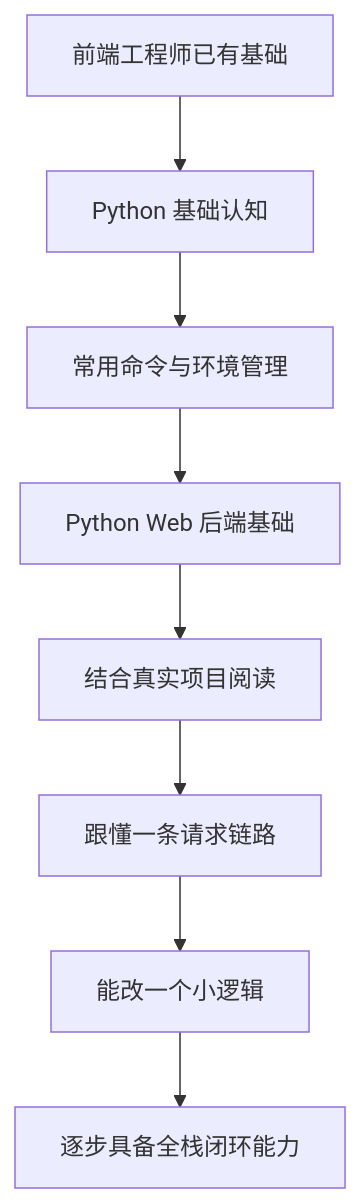
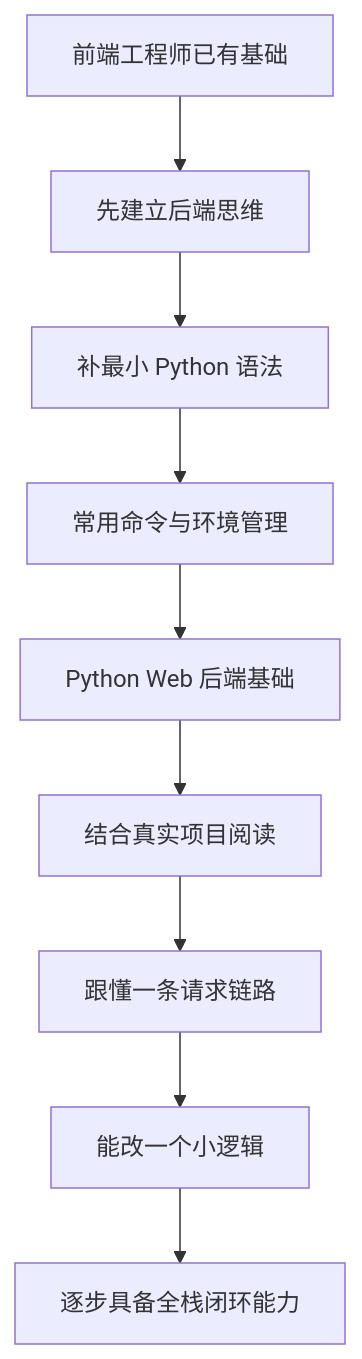
The diagram in 01-python/learning-map.md (liangshuoGitHub/knowledge-base), drawn with Mermaid before and after one commit. The commit also changed other lines of this file and 6 other files, not shown here.

````diff
--- a/01-python/learning-map.md
+++ b/01-python/learning-map.md
@@ -58,10 +58,11 @@
 ```mermaid
 flowchart TD
-    A[前端工程师已有基础] --> B[Python 基础认知]
-    B --> C[常用命令与环境管理]
-    C --> D[Python Web 后端基础]
-    D --> E[结合真实项目阅读]
-    E --> F[跟懂一条请求链路]
-    F --> G[能改一个小逻辑]
-    G --> H[逐步具备全栈闭环能力]
+    A[前端工程师已有基础] --> B[先建立后端思维]
+    B --> C[补最小 Python 语法]
+    C --> D[常用命令与环境管理]
+    D --> E[Python Web 后端基础]
+    E --> F[结合真实项目阅读]
+    F --> G[跟懂一条请求链路]
+    G --> H[能改一个小逻辑]
+    H --> I[逐步具备全栈闭环能力]
 ```
````
